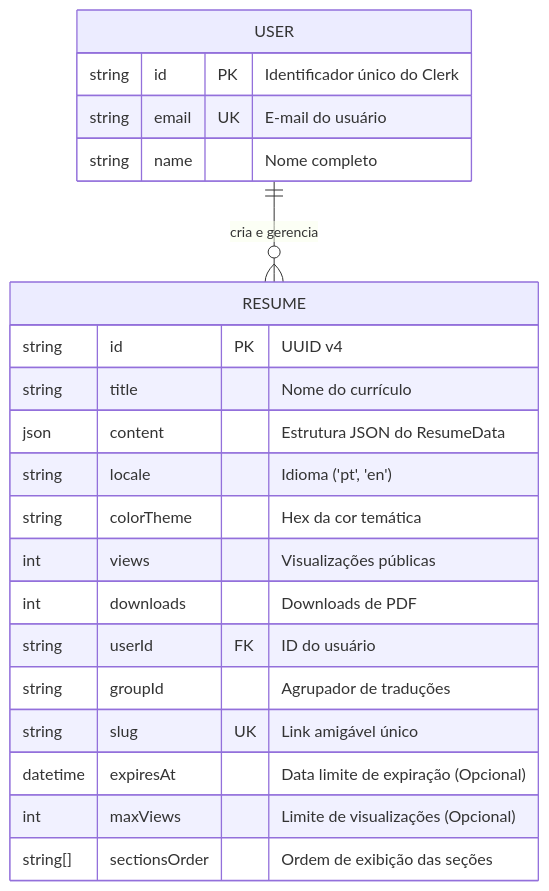
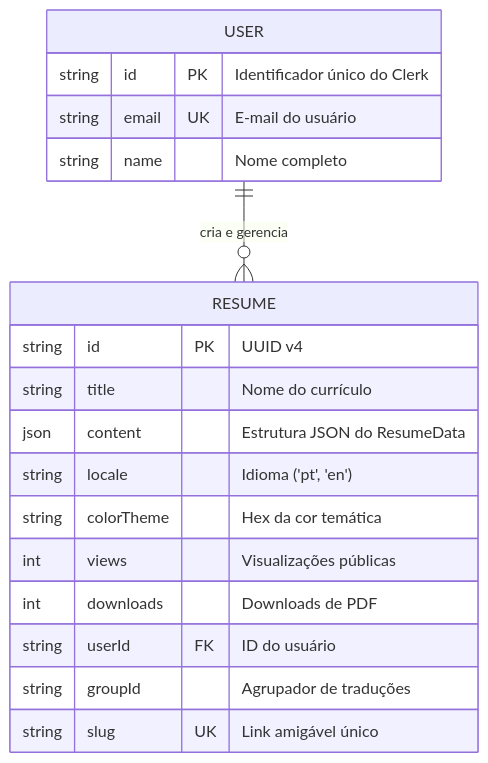
The third of 4 diagrams in README.md (gui-bus/Lume), drawn with Mermaid before and after one commit. The commit also changed other lines of this file and 43 other files, not shown here.

````diff
--- a/README.md
+++ b/README.md
@@ -122,26 +122,23 @@
 ```mermaid
 erDiagram
     USER ||--o{ RESUME : "cria e gerencia"
 
     USER {
         string id PK "Identificador único do Clerk"
         string email UK "E-mail do usuário"
         string name "Nome completo"
     }
 
     RESUME {
         string id PK "UUID v4"
         string title "Nome do currículo"
         json content "Estrutura JSON do ResumeData"
         string locale "Idioma ('pt', 'en')"
         string colorTheme "Hex da cor temática"
         int views "Visualizações públicas"
         int downloads "Downloads de PDF"
         string userId FK "ID do usuário"
         string groupId "Agrupador de traduções"
         string slug UK "Link amigável único"
-        datetime expiresAt "Data limite de expiração (Opcional)"
-        int maxViews "Limite de visualizações (Opcional)"
-        string[] sectionsOrder "Ordem de exibição das seções"
     }
 ```
````
